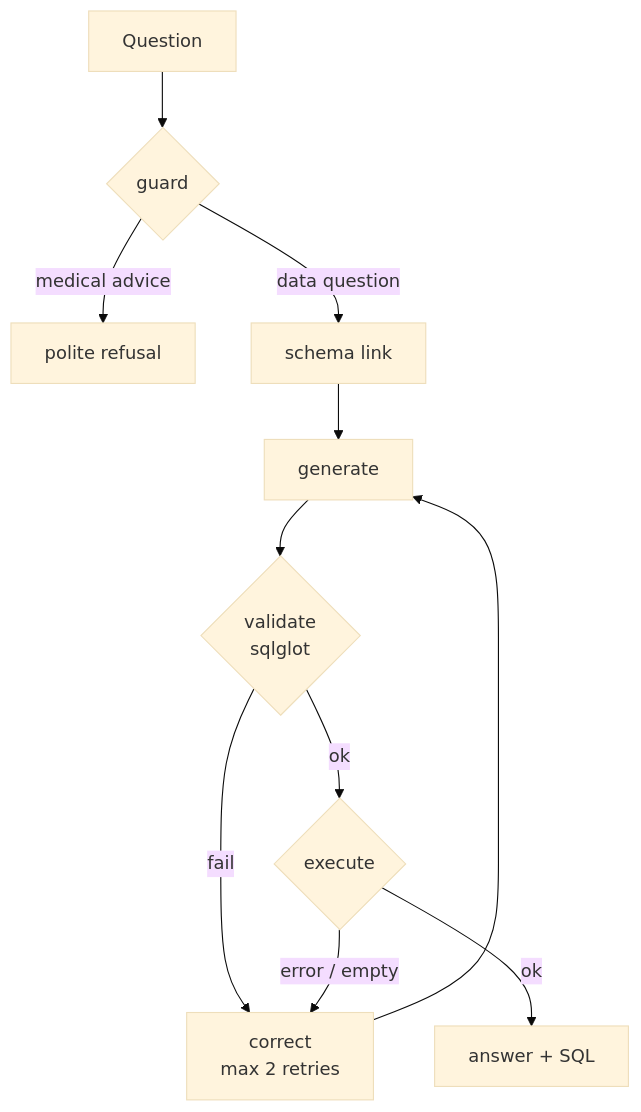
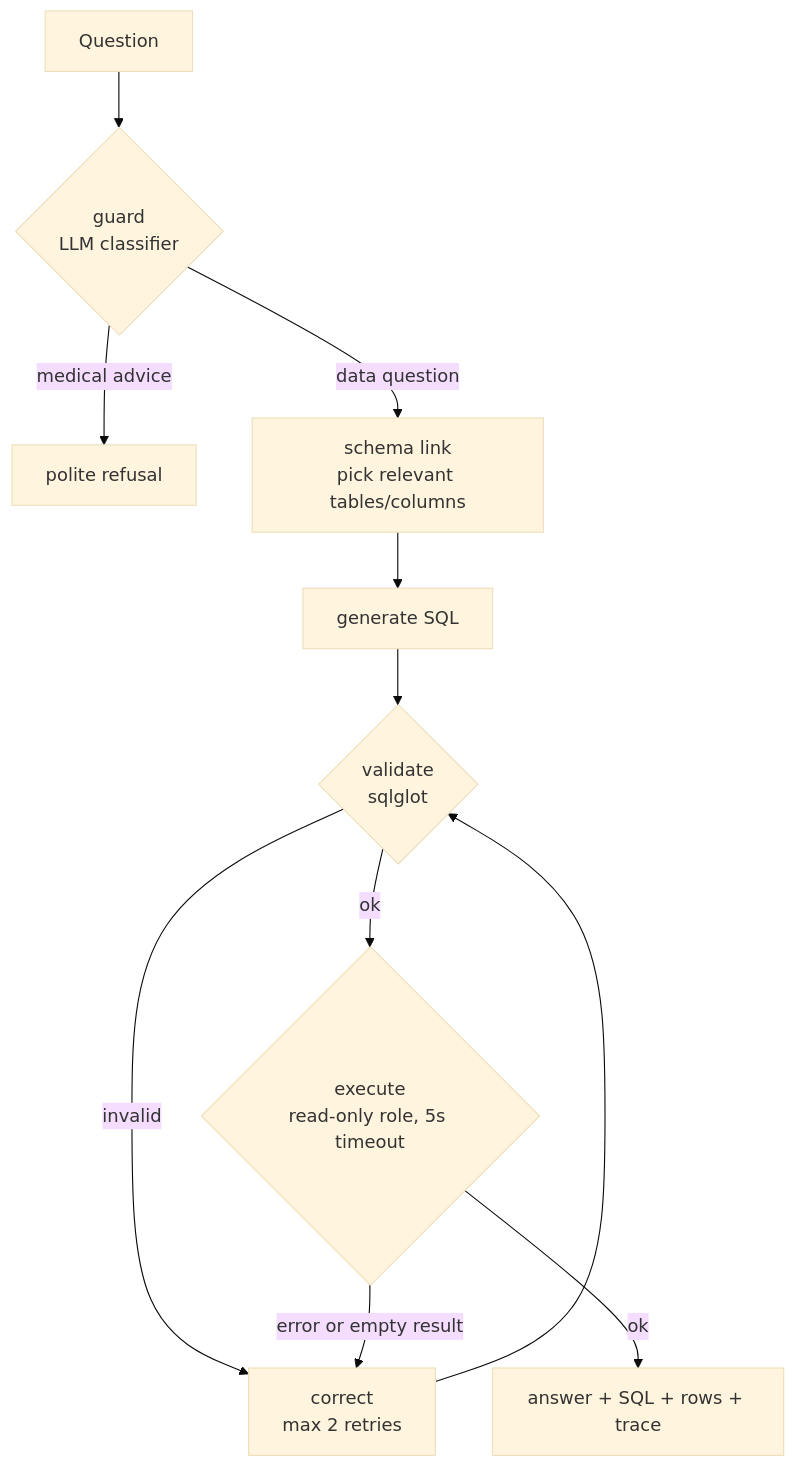
Before and after one commit to S4IF-TP/Clinical-text-to-SQL-agent: the diagram in README.md, drawn with Mermaid (base theme). The commit also changed other lines of this file and 12 other files, not shown here.

Commit message:
Rewrite README: demo, architecture, safety, quickstart, API, benchmark results; skip incomplete runs in compare; keep complete result files

````diff
--- a/README.md
+++ b/README.md
@@ -29,13 +74,13 @@
 ```mermaid
 flowchart TD
-    Q[Question] --> guard{guard}
+    Q[Question] --> guard{guard<br/>LLM classifier}
     guard -- medical advice --> R[polite refusal]
-    guard -- data question --> link[schema link]
-    link --> gen[generate]
+    guard -- data question --> link[schema link<br/>pick relevant tables/columns]
+    link --> gen[generate SQL]
     gen --> val{validate<br/>sqlglot}
-    val -- fail --> cor[correct<br/>max 2 retries]
-    val -- ok --> exe{execute}
-    exe -- error / empty --> cor
-    cor --> gen
-    exe -- ok --> ans[answer + SQL]
+    val -- invalid --> cor[correct<br/>max 2 retries]
+    val -- ok --> exe{execute<br/>read-only role, 5s timeout}
+    exe -- error or empty result --> cor
+    cor --> val
+    exe -- ok --> ans[answer + SQL + rows + trace]
 ```
````
